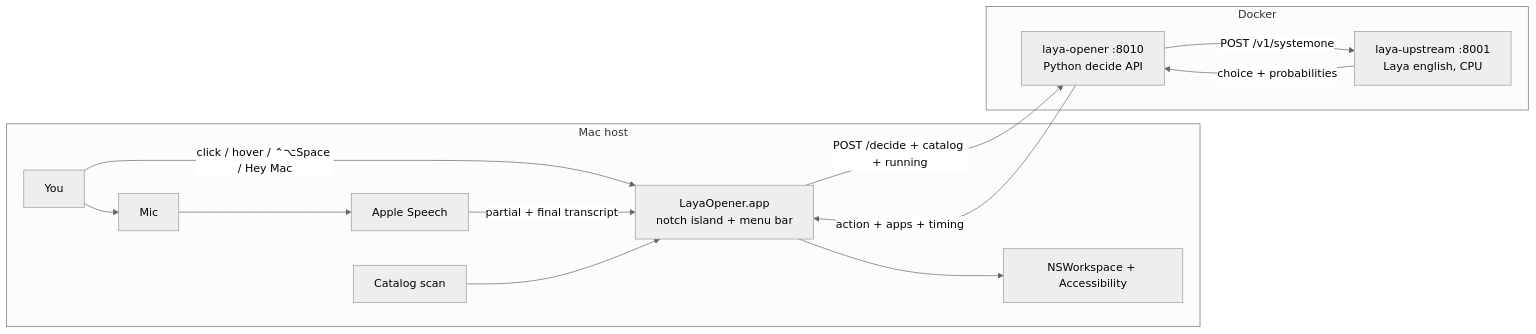
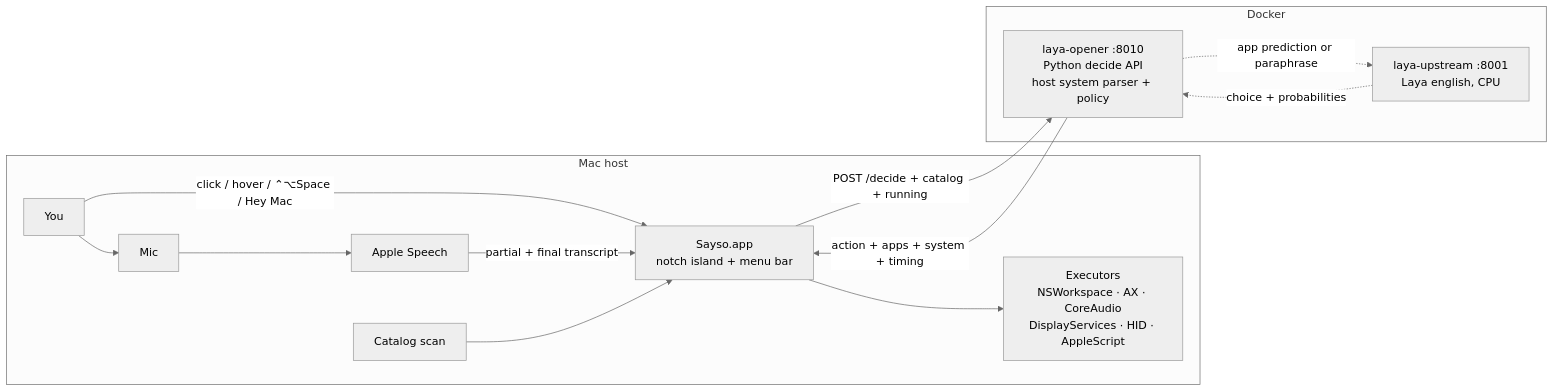
The first of 2 diagrams in README.md (AshutoshKY/sayso), drawn with Mermaid (neutral theme) before and after one commit. The commit also changed other lines of this file and 16 other files, not shown here.

First line of the commit message:
docs: remove flow.svg and update architecture flows, metrics, and Sayso rebrand

````diff
--- a/README.md
+++ b/README.md
@@ -79,27 +80,27 @@
 ```mermaid
 flowchart LR
   subgraph macHost["Mac host"]
     User["You"]
     Mic["Mic"]
-    Notch["LayaOpener.app<br/>notch island + menu bar"]
+    Notch["Sayso.app<br/>notch island + menu bar"]
     Speech["Apple Speech"]
     Scan["Catalog scan"]
-    Launch["NSWorkspace + Accessibility"]
+    Executors["Executors<br/>NSWorkspace · AX · CoreAudio<br/>DisplayServices · HID · AppleScript"]
   end
 
   subgraph docker["Docker"]
-    Opener["laya-opener :8010<br/>Python decide API"]
+    Opener["laya-opener :8010<br/>Python decide API<br/>host system parser + policy"]
     Laya["laya-upstream :8001<br/>Laya english, CPU"]
   end
 
   User -->|click / hover / ⌃⌥Space / Hey Mac| Notch
   User --> Mic
   Mic --> Speech
   Speech -->|partial + final transcript| Notch
   Scan --> Notch
   Notch -->|POST /decide + catalog + running| Opener
-  Opener -->|POST /v1/systemone| Laya
-  Laya -->|choice + probabilities| Opener
-  Opener -->|action + apps + timing| Notch
-  Notch --> Launch
+  Opener -.->|app prediction or paraphrase| Laya
+  Laya -.->|choice + probabilities| Opener
+  Opener -->|action + apps + system + timing| Notch
+  Notch --> Executors
 ```
````
